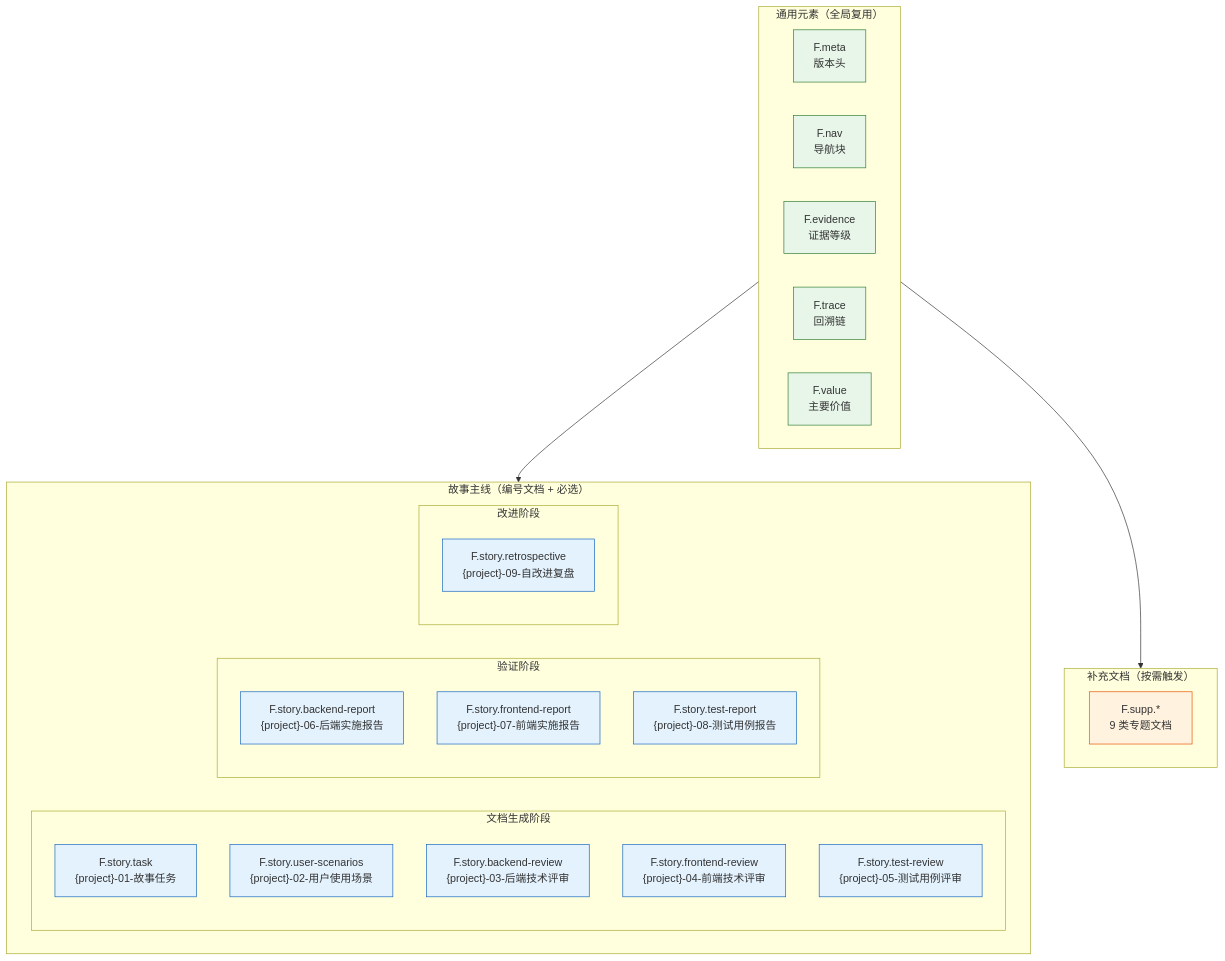
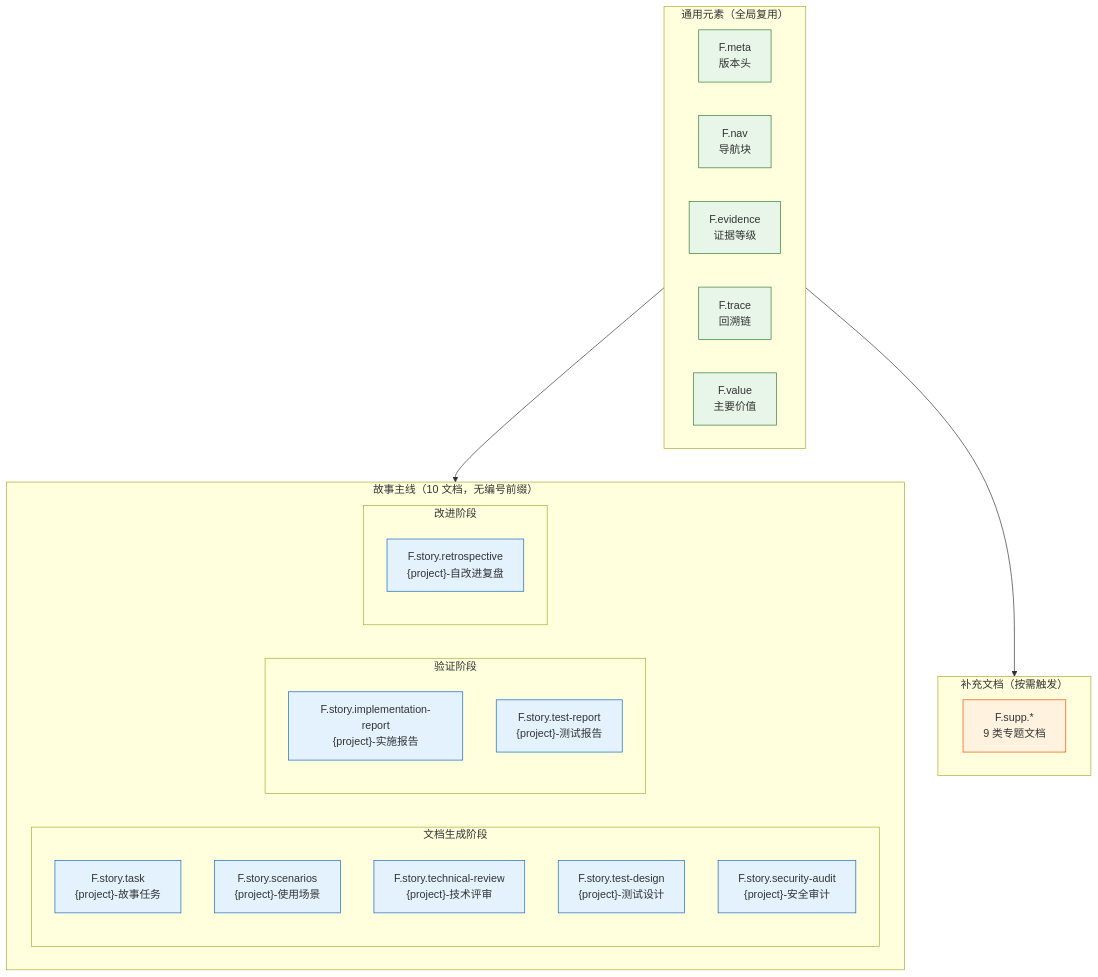
Before and after one commit to effiy/YrY: the first of 14 diagrams in skills/rui/formulas.md, drawn with Mermaid. The commit also changed other lines of this file and 90 other files, not shown here.

````diff
--- a/skills/rui/formulas.md
+++ b/skills/rui/formulas.md
@@ -5,42 +5,41 @@
 ```mermaid
 flowchart TB
     subgraph 通用["通用元素（全局复用）"]
         F.meta["F.meta<br/>版本头"]
         F.nav["F.nav<br/>导航块"]
         F.evidence["F.evidence<br/>证据等级"]
         F.trace["F.trace<br/>回溯链"]
         F.value["F.value<br/>主要价值"]
     end
 
-    subgraph 主线["故事主线（编号文档 + 必选）"]
+    subgraph 主线["故事主线（10 文档，无编号前缀）"]
         subgraph 生成["文档生成阶段"]
-            F01["F.story.task<br/>{project}-01-故事任务"]
-            F02["F.story.user-scenarios<br/>{project}-02-用户使用场景"]
-            F03["F.story.backend-review<br/>{project}-03-后端技术评审"]
-            F04["F.story.frontend-review<br/>{project}-04-前端技术评审"]
-            F05["F.story.test-review<br/>{project}-05-测试用例评审"]
+            F01["F.story.task<br/>{project}-故事任务"]
+            F02["F.story.scenarios<br/>{project}-使用场景"]
+            F03["F.story.technical-review<br/>{project}-技术评审"]
+            F04["F.story.test-design<br/>{project}-测试设计"]
+            F05["F.story.security-audit<br/>{project}-安全审计"]
         end
         subgraph 验证["验证阶段"]
-            F06["F.story.backend-report<br/>{project}-06-后端实施报告"]
-            F07["F.story.frontend-report<br/>{project}-07-前端实施报告"]
-            F08["F.story.test-report<br/>{project}-08-测试用例报告"]
+            F06["F.story.implementation-report<br/>{project}-实施报告"]
+            F07["F.story.test-report<br/>{project}-测试报告"]
         end
         subgraph 改进["改进阶段"]
-            F09["F.story.retrospective<br/>{project}-09-自改进复盘"]
+            F08["F.story.retrospective<br/>{project}-自改进复盘"]
         end
     end
 
     subgraph 补充["补充文档（按需触发）"]
         FS["F.supp.*<br/>9 类专题文档"]
     end
 
     通用 --> 主线
     通用 --> 补充
 
     classDef gen fill:#e8f5e9,stroke:#2e7d32;
     classDef story fill:#e3f2fd,stroke:#1565c0;
     classDef supp fill:#fff3e0,stroke:#e65100;
     class F.meta,F.nav,F.evidence,F.trace,F.value gen;
-    class F01,F02,F03,F04,F05,F06,F07,F08,F09 story;
+    class F01,F02,F03,F04,F05,F06,F07,F08 story;
     class FS supp;
 ```
````
